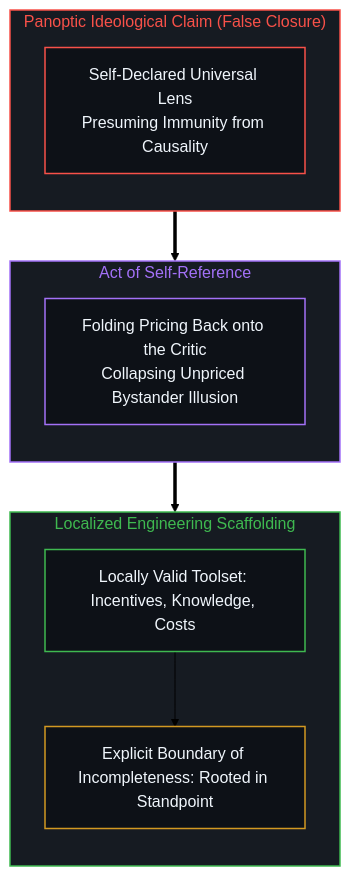
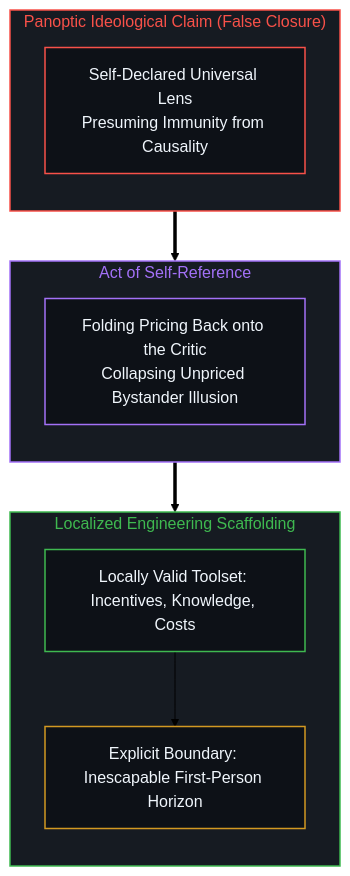
One commit to powerpig99/not-a-toe changed the eighth of 8 diagrams in content/posts/the-unpriced-critic.md. Above: the diagram before and after it, drawn with Mermaid (forest theme). The commit also changed other lines of this file and 5 other files, not shown here.

Commit message:
Refine Post #378: Cut to Sowell's failure to return to inescapable first-person perspective

````diff
--- a/content/posts/the-unpriced-critic.md
+++ b/content/posts/the-unpriced-critic.md
@@ -247,33 +247,33 @@
 ```mermaid
 flowchart TD
     classDef default fill:#0d1117,stroke:#30363d,stroke-width:1px,color:#f0f6fc;
     classDef mind fill:#0d1117,stroke:#3fb950,stroke-width:1.5px,color:#f0f6fc;
     classDef warn fill:#0d1117,stroke:#d29922,stroke-width:1.5px,color:#f0f6fc;
     classDef fail fill:#0d1117,stroke:#f85149,stroke-width:1.5px,color:#f0f6fc;
     classDef model fill:#0d1117,stroke:#58a6ff,stroke-width:1.5px,color:#f0f6fc;
     classDef purple fill:#0d1117,stroke:#a371f7,stroke-width:1.5px,color:#f0f6fc;
 
     subgraph S_Dogma ["Panoptic Ideological Claim (False Closure)"]
         direction TB
         TotalClaim["Self-Declared Universal Lens<br/>Presuming Immunity from Causality"]:::fail
     end
 
     subgraph S_Fold ["Act of Self-Reference"]
         direction TB
         SelfReflect["Folding Pricing Back onto the Critic<br/>Collapsing Unpriced Bystander Illusion"]:::purple
     end
 
     subgraph S_Instrument ["Localized Engineering Scaffolding"]
         direction TB
         LocalTool["Locally Valid Toolset: Incentives, Knowledge, Costs"]:::mind
-        BoundSign["Explicit Boundary of Incompleteness: Rooted in Standpoint"]:::warn
+        BoundSign["Explicit Boundary: Inescapable First-Person Horizon"]:::warn
         LocalTool --> BoundSign
     end
 
     S_Dogma ==> S_Fold
     S_Fold ==> S_Instrument
 
     style S_Dogma fill:#161b22,stroke:#f85149,stroke-width:1.5px,color:#f85149
     style S_Fold fill:#161b22,stroke:#a371f7,stroke-width:1.5px,color:#a371f7
     style S_Instrument fill:#161b22,stroke:#3fb950,stroke-width:1.5px,color:#3fb950
 ```
````
